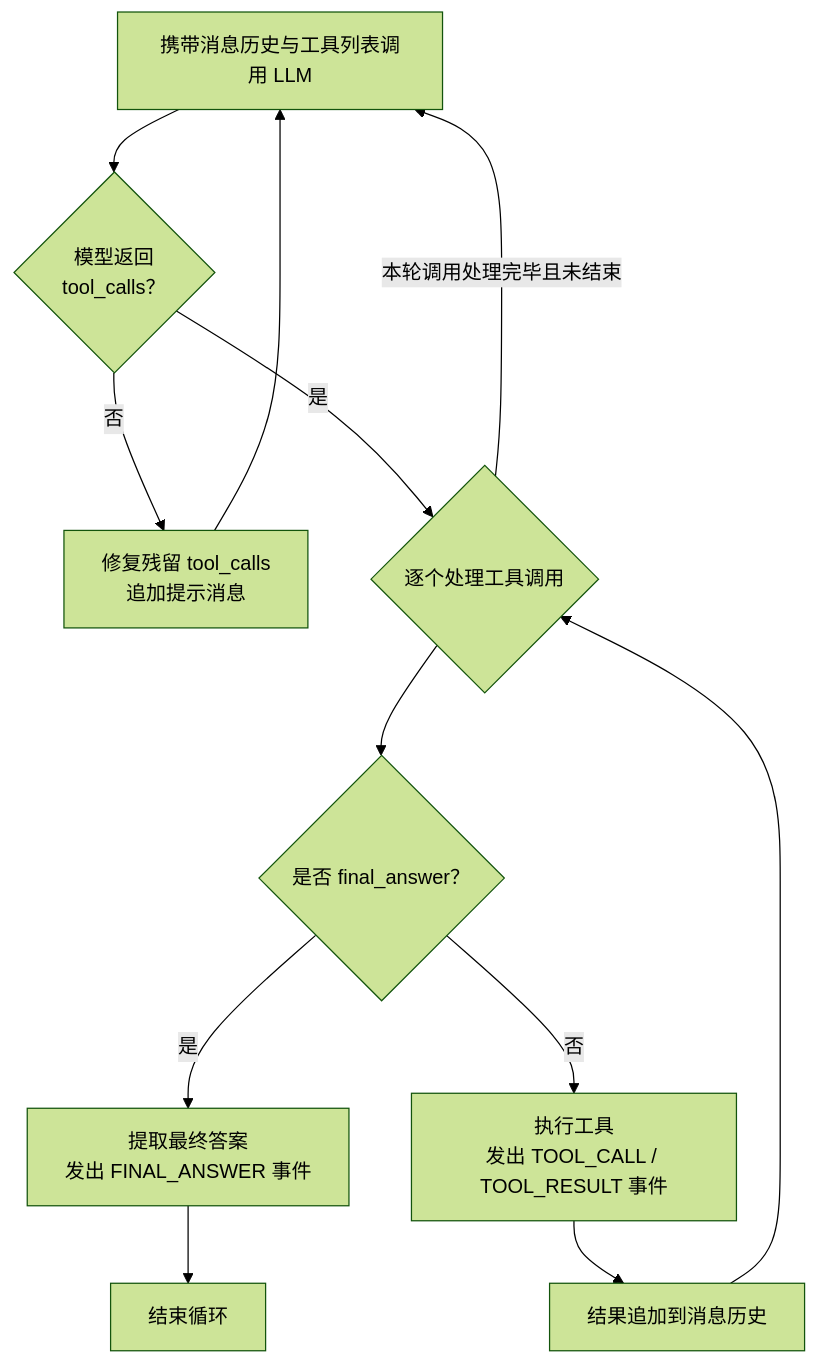
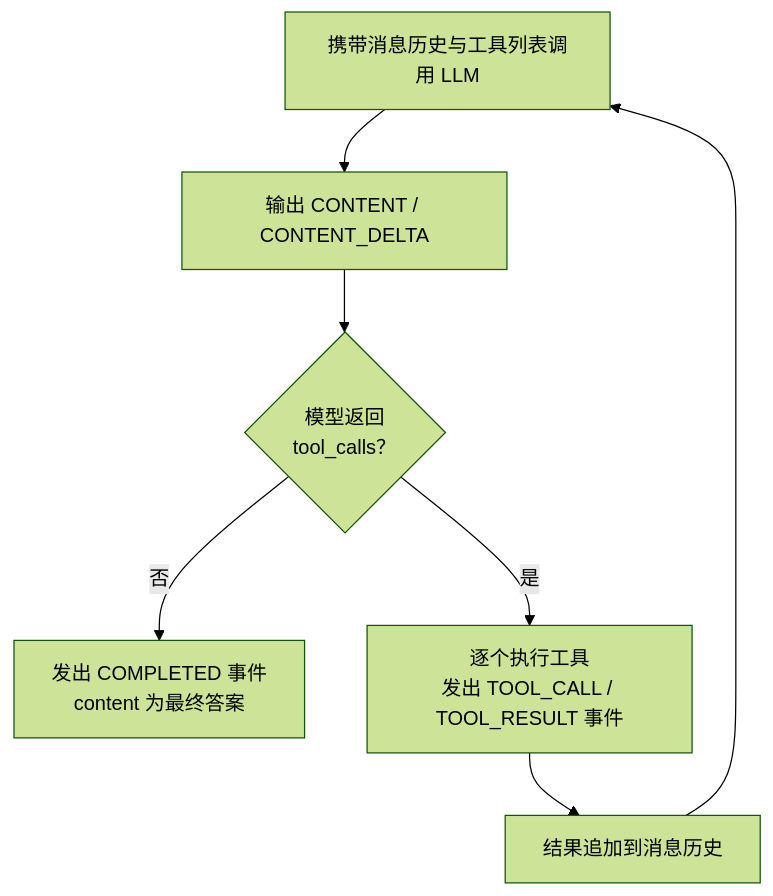
One commit to gacfox/proarc-agentic changed the diagram in docs/src/agent.md. Above: the diagram before and after it, drawn with Mermaid (forest theme). The commit also changed other lines of this file and 11 other files, not shown here.

````diff
--- a/docs/src/agent.md
+++ b/docs/src/agent.md
@@ -5,13 +5,9 @@
 ```mermaid
 flowchart TD
-    A["携带消息历史与工具列表调用 LLM"] --> B{"模型返回<br>tool_calls？"}
-    B -- "否" --> C["修复残留 tool_calls<br>追加提示消息"] --> A
-    B -- "是" --> D{"逐个处理工具调用"}
-    D --> E{"是否 final_answer？"}
-    E -- "是" --> F["提取最终答案<br>发出 FINAL_ANSWER 事件"]
-    F --> G["结束循环"]
-    E -- "否" --> H["执行工具<br>发出 TOOL_CALL / TOOL_RESULT 事件"]
-    H --> I["结果追加到消息历史"]
-    I --> D
-    D -- "本轮调用处理完毕且未结束" --> A
+    A["携带消息历史与工具列表调用 LLM"] --> B["输出 CONTENT / CONTENT_DELTA"]
+    B --> C{"模型返回<br>tool_calls？"}
+    C -- "否" --> D["发出 COMPLETED 事件<br>content 为最终答案"]
+    C -- "是" --> E["逐个执行工具<br>发出 TOOL_CALL / TOOL_RESULT 事件"]
+    E --> F["结果追加到消息历史"]
+    F --> A
 ```
````
